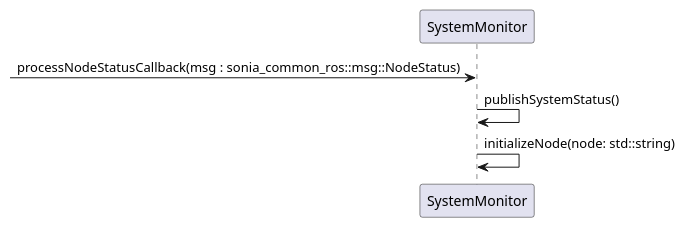
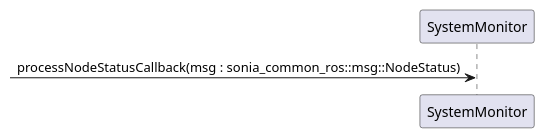
Before and after one commit to sonia-auv/sonia_deploy: the diagram in doc/SequenceDiagram.wsd, drawn with PlantUML. The commit also changed 1 other file, not shown here.

Commit message:
LOG-151: implement initializing node after tineout

```diff
--- a/doc/SequenceDiagram.wsd
+++ b/doc/SequenceDiagram.wsd
@@ -1,9 +1,7 @@
 @startuml template
 
 participant SystemMonitor as sys
 
 -> sys : processNodeStatusCallback(msg : sonia_common_ros::msg::NodeStatus)
-sys -> sys : publishSystemStatus()
-sys -> sys : initializeNode(node: std::string)
 
 @enduml
```
